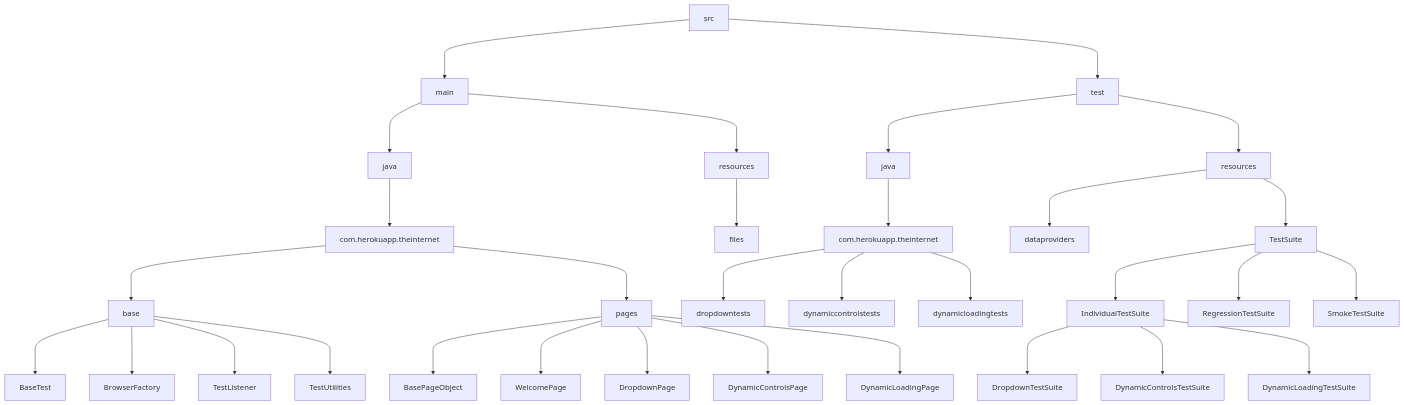
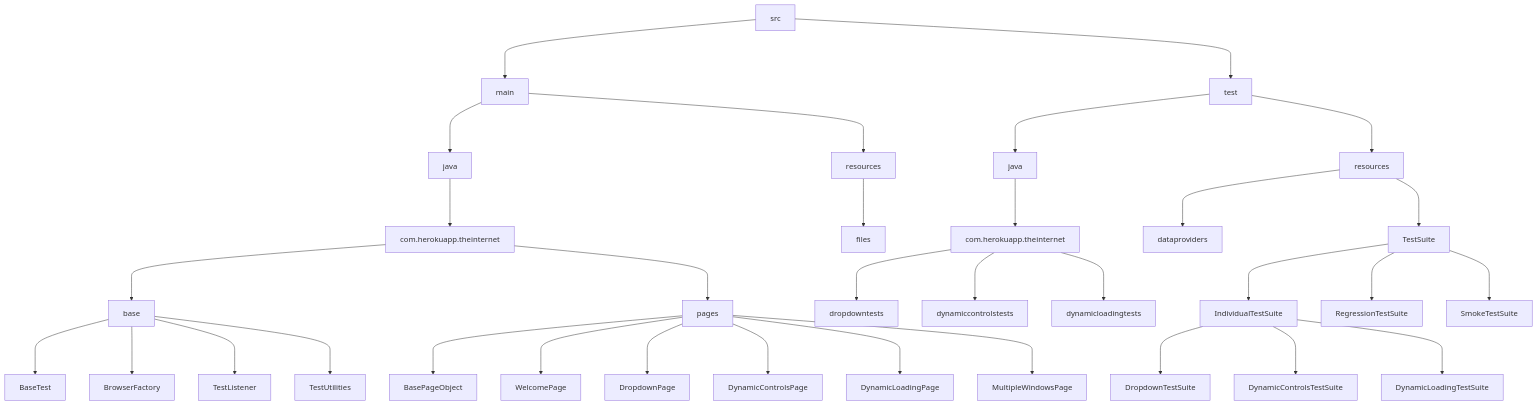
The diagram in README.md (ArielBandeira/testing-project-theinternet), drawn with Mermaid before and after one commit. The commit also changed other lines of this file and 7 other files, not shown here.

````diff
--- a/README.md
+++ b/README.md
@@ -46,34 +47,35 @@
 ```mermaid
 graph
 1[src] ---> 2[main]
 1[src] ---> 3[test]
 2[main] ---> 4[java]
 2[main] ---> 5[resources]
 5[resources] ---> 36[files]
 3[test] ---> 6[java]
 3[test] ---> 7[resources]
 4[java] ---> 8[com.herokuapp.theinternet]
 8[com.herokuapp.theinternet] ---> 9[base]
 8[com.herokuapp.theinternet] ---> 10[pages]
 9[base] ---> 11[BaseTest]
 9[base] ---> 12[BrowserFactory]
 9[base] ---> 13[TestListener]
 9[base] ---> 14[TestUtilities]
 10[pages] ---> 15[BasePageObject]
 10[pages] ---> 16[WelcomePage]
 10[pages] ---> 18[DropdownPage]
 10[pages] ---> 19[DynamicControlsPage]
 10[pages] ---> 20[DynamicLoadingPage]
-6[java] ---> 21[com.herokuapp.theinternet]
-21[com.herokuapp.theinternet] ---> 23[dropdowntests]
-21[com.herokuapp.theinternet] ---> 24[dynamiccontrolstests]
-21[com.herokuapp.theinternet] ---> 25[dynamicloadingtests]
+10[pages] ---> 21[MultipleWindowsPage]
+6[java] ---> 22[com.herokuapp.theinternet]
+22[com.herokuapp.theinternet] ---> 23[dropdowntests]
+22[com.herokuapp.theinternet] ---> 24[dynamiccontrolstests]
+22[com.herokuapp.theinternet] ---> 25[dynamicloadingtests]
 7[resources] ---> 26[dataproviders]
 7[resources] ---> 27[TestSuite]
 27[TestSuite] ---> 28[IndividualTestSuite]
 28[IndividualTestSuite] ---> 31[DropdownTestSuite]
 28[IndividualTestSuite] ---> 32[DynamicControlsTestSuite]
 28[IndividualTestSuite] ---> 33[DynamicLoadingTestSuite]
 27[TestSuite] ---> 34[RegressionTestSuite]
 27[TestSuite] ---> 35[SmokeTestSuite]
 ```
````
